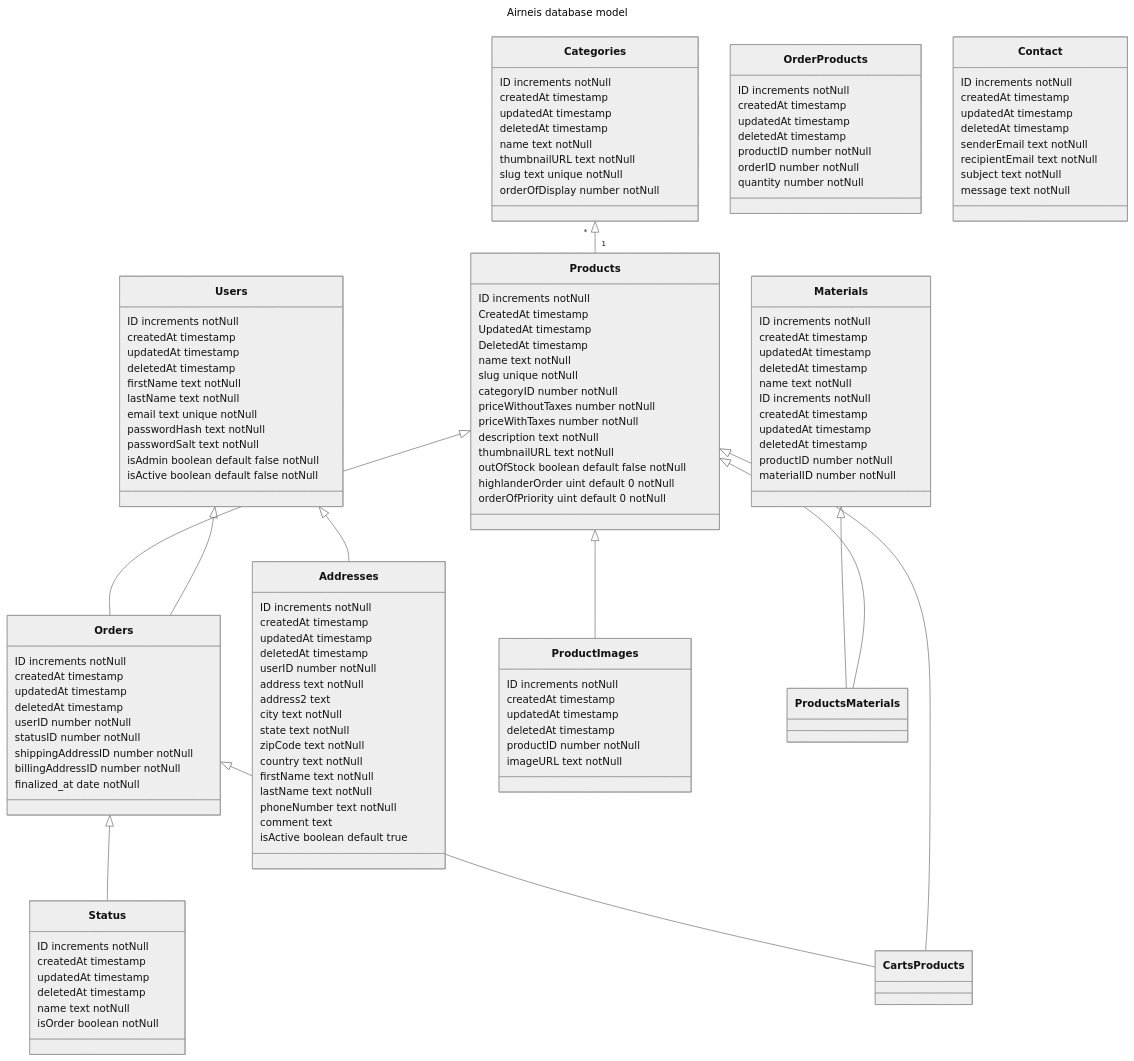
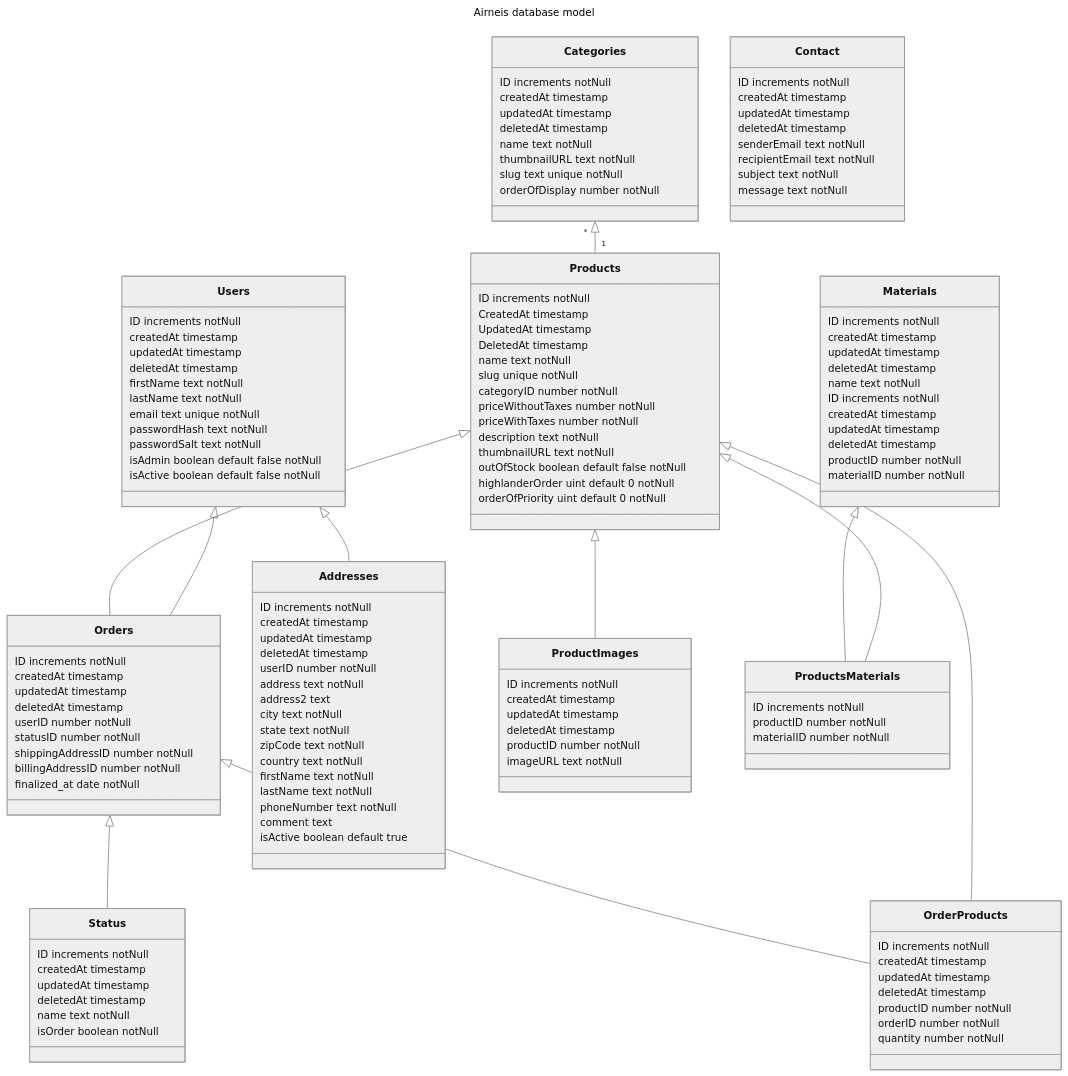
Before and after one commit to KrispyTech/airneis: the diagram in docs/database/readme.md, drawn with Mermaid (neutral theme).

Commit message:
chore(db model): Update model documentation (#120)
* updated doc

* fix: fixed schema that was broken

````diff
--- a/docs/database/readme.md
+++ b/docs/database/readme.md
@@ -12,11 +12,12 @@
 Products <|-- Orders
 Users <|-- Addresses
 Users <|-- Orders
-Orders <|-- CartsProducts
-Products <|-- CartsProducts
+Orders <|-- OrderProducts
+Products <|-- OrderProducts
 Products <|-- ProductImages
 Materials <|-- ProductsMaterials
 Products <|-- ProductsMaterials
+
 
 class Users {
     ID increments notNull
@@ -147,4 +148,10 @@
     message text notNull
 }
 
+class ProductsMaterials {
+    ID increments notNull
+    productID number notNull
+    materialID number notNull
+}
+
 ```
````
